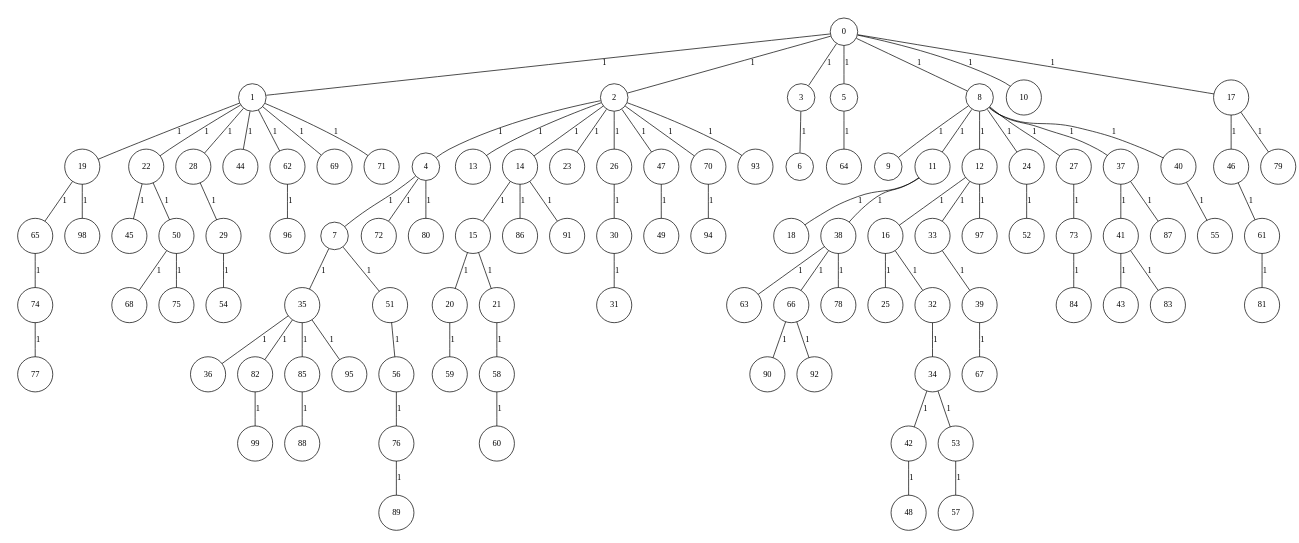
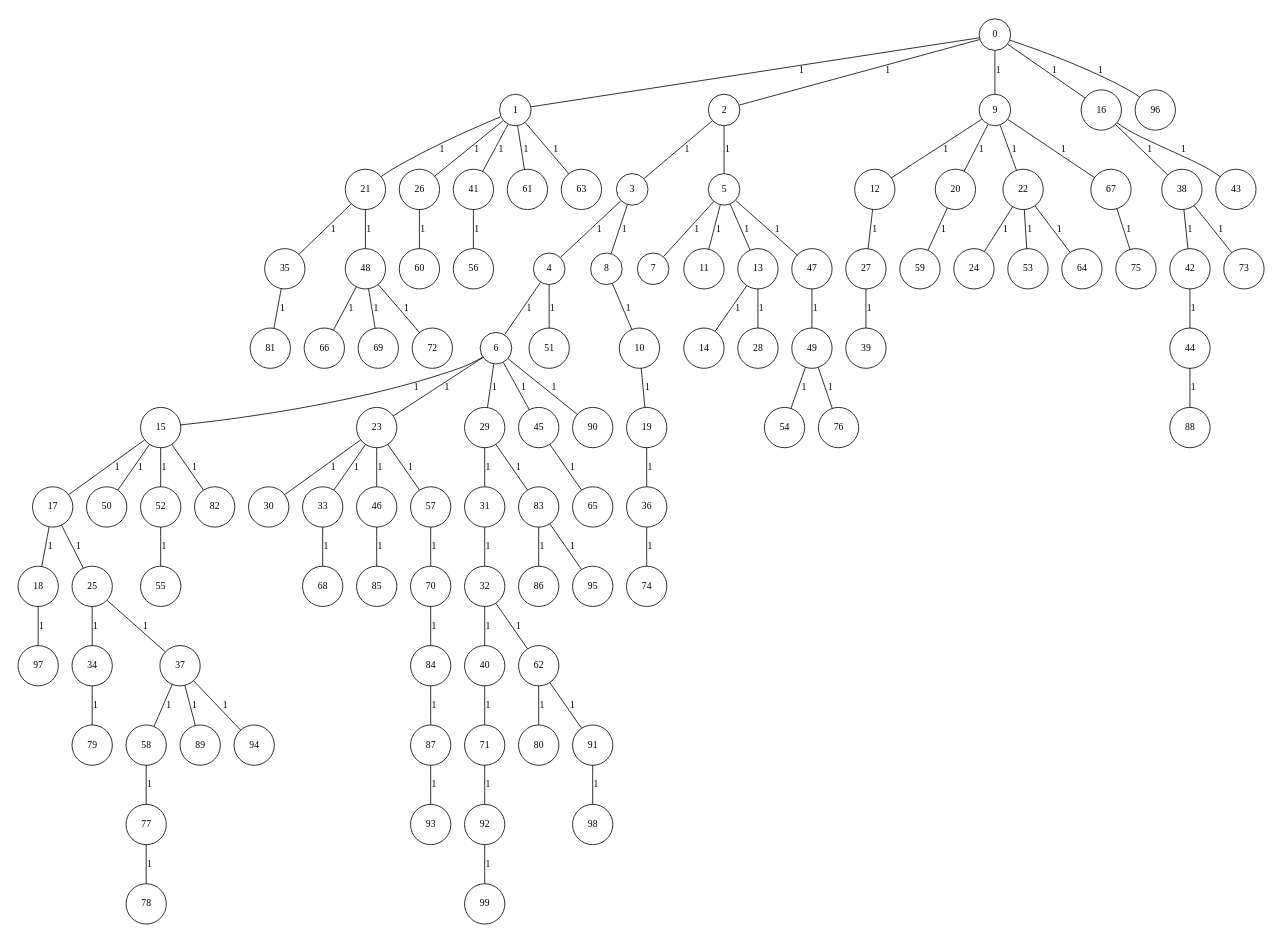
The diagram in GraphGenerator/input/instGraph_100_4.txt.dot (cardosodg/setcover-grasp), drawn with Graphviz before and after one commit. The commit also changed 2004 other files, not shown here.

```diff
--- a/GraphGenerator/input/instGraph_100_4.txt.dot
+++ b/GraphGenerator/input/instGraph_100_4.txt.dot
@@ -6,204 +6,204 @@
 node[shape=circle,width=.12,hight=.12,fontsize=12]
 edge[fontsize=12]
 
-0[label=" 0" color=black, pos="2.6943923,2.1681699!"];
-1[label=" 1" color=black, pos="1.3402806,0.88383075!"];
-2[label=" 2" color=black, pos="2.3009976,2.1247996!"];
-3[label=" 3" color=black, pos="2.2322187,2.4137283!"];
-4[label=" 4" color=black, pos="2.4482073,1.1553264!"];
-5[label=" 5" color=black, pos="2.9874394,1.5260534!"];
-6[label=" 6" color=black, pos="2.1297456,2.8299982!"];
-7[label=" 7" color=black, pos="2.0937064,2.9236621!"];
-8[label=" 8" color=black, pos="1.4598652,2.1899677!"];
-9[label=" 9" color=black, pos="1.4739722,0.26211272!"];
-10[label=" 10" color=black, pos="0.32617108,2.428524!"];
-11[label=" 11" color=black, pos="2.2642792,0.97414165!"];
-12[label=" 12" color=black, pos="2.0365755,0.99742702!"];
-13[label=" 13" color=black, pos="1.2203785,0.33049203!"];
-14[label=" 14" color=black, pos="2.1273184,1.8855346!"];
-15[label=" 15" color=black, pos="1.7188815,1.0091234!"];
-16[label=" 16" color=black, pos="0.90102864,2.9788924!"];
-17[label=" 17" color=black, pos="1.2728895,2.1499706!"];
-18[label=" 18" color=black, pos="1.6279175,1.1574504!"];
-19[label=" 19" color=black, pos="2.4207469,1.6046831!"];
-20[label=" 20" color=black, pos="2.26106,0.48133724!"];
-21[label=" 21" color=black, pos="0.12559052,0.83156269!"];
-22[label=" 22" color=black, pos="1.9723195,1.4739337!"];
-23[label=" 23" color=black, pos="2.5262939,0.86994759!"];
-24[label=" 24" color=black, pos="1.6821481,1.8023234!"];
-25[label=" 25" color=black, pos="0.0898452,2.5540981!"];
-26[label=" 26" color=black, pos="0.53078868,1.6099593!"];
-27[label=" 27" color=black, pos="0.84314049,2.4088579!"];
-28[label=" 28" color=black, pos="2.8167524,1.5856391!"];
-29[label=" 29" color=black, pos="1.7020244,1.1952519!"];
-30[label=" 30" color=black, pos="0.13429904,1.3655449!"];
-31[label=" 31" color=black, pos="2.1522426,2.0879155!"];
-32[label=" 32" color=black, pos="2.0843325,2.7894282!"];
-33[label=" 33" color=black, pos="0.84253298,1.8919403!"];
-34[label=" 34" color=black, pos="2.0550748,2.3248572!"];
-35[label=" 35" color=black, pos="1.716542,2.0024158!"];
-36[label=" 36" color=black, pos="2.6239103,0.47563738!"];
-37[label=" 37" color=black, pos="0.005256718,1.0002786!"];
-38[label=" 38" color=black, pos="1.3400748,1.8001487!"];
-39[label=" 39" color=black, pos="2.6013159,1.326708!"];
-40[label=" 40" color=black, pos="1.7783031,1.8598261!"];
-41[label=" 41" color=black, pos="1.4596626,1.9941578!"];
-42[label=" 42" color=black, pos="1.253666,0.41295263!"];
-43[label=" 43" color=black, pos="0.0527301,2.5035025!"];
-44[label=" 44" color=black, pos="2.0034234,1.0025751!"];
-45[label=" 45" color=black, pos="0.6500291,2.1482358!"];
-46[label=" 46" color=black, pos="2.3686771,1.4824213!"];
-47[label=" 47" color=black, pos="0.83644874,0.65564138!"];
-48[label=" 48" color=black, pos="0.92526558,2.235588!"];
-49[label=" 49" color=black, pos="0.26723386,0.8996655!"];
-50[label=" 50" color=black, pos="2.5487607,2.4911079!"];
-51[label=" 51" color=black, pos="1.7279866,0.27813117!"];
-52[label=" 52" color=black, pos="0.97375024,0.74009005!"];
-53[label=" 53" color=black, pos="1.2835599,2.6138832!"];
-54[label=" 54" color=black, pos="2.8367104,2.62223!"];
-55[label=" 55" color=black, pos="0.90543387,0.28791104!"];
-56[label=" 56" color=black, pos="0.79333885,0.21562759!"];
-57[label=" 57" color=black, pos="1.7532447,0.58147261!"];
-58[label=" 58" color=black, pos="2.4279112,0.9034962!"];
-59[label=" 59" color=black, pos="0.06719095,1.8873078!"];
-60[label=" 60" color=black, pos="0.46233362,1.6647205!"];
-61[label=" 61" color=black, pos="2.5157237,2.3981305!"];
-62[label=" 62" color=black, pos="0.37490831,0.025593314!"];
-63[label=" 63" color=black, pos="0.29823196,2.1110416!"];
-64[label=" 64" color=black, pos="1.8370033,2.1521435!"];
-65[label=" 65" color=black, pos="0.44196231,2.8922535!"];
-66[label=" 66" color=black, pos="0.80619668,2.0257713!"];
-67[label=" 67" color=black, pos="1.977377,2.9143288!"];
-68[label=" 68" color=black, pos="0.54047689,2.1856042!"];
-69[label=" 69" color=black, pos="2.8576531,2.4086347!"];
-70[label=" 70" color=black, pos="2.6040953,1.5129036!"];
-71[label=" 71" color=black, pos="0.74773238,1.993898!"];
-72[label=" 72" color=black, pos="1.9506145,1.1749838!"];
-73[label=" 73" color=black, pos="1.8796577,0.26245029!"];
-74[label=" 74" color=black, pos="2.8629869,1.559242!"];
-75[label=" 75" color=black, pos="1.2013007,0.28007464!"];
-76[label=" 76" color=black, pos="0.052620166,2.7979782!"];
-77[label=" 77" color=black, pos="2.0494136,0.14283472!"];
-78[label=" 78" color=black, pos="2.6408409,2.5558361!"];
-79[label=" 79" color=black, pos="1.2796836,0.97330902!"];
-80[label=" 80" color=black, pos="2.6957757,2.6228748!"];
-81[label=" 81" color=black, pos="0.21553006,0.26128774!"];
-82[label=" 82" color=black, pos="0.17354668,1.918881!"];
-83[label=" 83" color=black, pos="1.2941006,2.116625!"];
-84[label=" 84" color=black, pos="1.6646344,1.256994!"];
-85[label=" 85" color=black, pos="2.121216,0.36755684!"];
-86[label=" 86" color=black, pos="2.0555671,2.1506302!"];
-87[label=" 87" color=black, pos="1.4731271,2.5655486!"];
-88[label=" 88" color=black, pos="2.2722321,1.7443361!"];
-89[label=" 89" color=black, pos="0.073748481,0.5662791!"];
-90[label=" 90" color=black, pos="1.8261536,1.6221425!"];
-91[label=" 91" color=black, pos="0.68411566,1.4669749!"];
-92[label=" 92" color=black, pos="0.65337066,1.0627981!"];
-93[label=" 93" color=black, pos="0.12379759,2.5366436!"];
-94[label=" 94" color=black, pos="0.35374786,2.5146153!"];
-95[label=" 95" color=black, pos="2.8112131,0.99577765!"];
-96[label=" 96" color=black, pos="1.2685873,1.5712073!"];
-97[label=" 97" color=black, pos="1.7457376,2.589631!"];
-98[label=" 98" color=black, pos="0.62264641,2.6921453!"];
-99[label=" 99" color=black, pos="0.95054103,1.6555122!"];
+0[label=" 0" color=black, pos="0.089639534,1.961755!"];
+1[label=" 1" color=black, pos="2.4739968,1.6664125!"];
+2[label=" 2" color=black, pos="1.6866606,0.045989154!"];
+3[label=" 3" color=black, pos="2.4423964,0.12914868!"];
+4[label=" 4" color=black, pos="2.9695895,0.10995495!"];
+5[label=" 5" color=black, pos="0.75155266,2.9699264!"];
+6[label=" 6" color=black, pos="0.41758518,1.2338469!"];
+7[label=" 7" color=black, pos="0.70037771,2.1473556!"];
+8[label=" 8" color=black, pos="1.4443443,1.0305051!"];
+9[label=" 9" color=black, pos="2.7748258,1.8825957!"];
+10[label=" 10" color=black, pos="1.6818939,0.54265354!"];
+11[label=" 11" color=black, pos="2.6152634,1.3548342!"];
+12[label=" 12" color=black, pos="0.15730695,0.00041060103!"];
+13[label=" 13" color=black, pos="1.9509374,1.8177455!"];
+14[label=" 14" color=black, pos="0.83268429,1.1018606!"];
+15[label=" 15" color=black, pos="2.7451648,0.32307924!"];
+16[label=" 16" color=black, pos="2.3583268,1.1078503!"];
+17[label=" 17" color=black, pos="1.0505019,0.59463897!"];
+18[label=" 18" color=black, pos="1.919031,2.856686!"];
+19[label=" 19" color=black, pos="2.8090947,0.11914714!"];
+20[label=" 20" color=black, pos="1.6763092,0.8752613!"];
+21[label=" 21" color=black, pos="0.089894752,0.99576926!"];
+22[label=" 22" color=black, pos="0.74459916,1.455641!"];
+23[label=" 23" color=black, pos="0.34684597,2.6792732!"];
+24[label=" 24" color=black, pos="2.1323046,2.8383253!"];
+25[label=" 25" color=black, pos="0.77756953,2.9152023!"];
+26[label=" 26" color=black, pos="2.5702568,0.2308948!"];
+27[label=" 27" color=black, pos="0.98340832,2.3457532!"];
+28[label=" 28" color=black, pos="1.4695997,2.2869642!"];
+29[label=" 29" color=black, pos="0.91402128,2.4820735!"];
+30[label=" 30" color=black, pos="0.38036326,2.1483844!"];
+31[label=" 31" color=black, pos="1.7164348,2.432382!"];
+32[label=" 32" color=black, pos="0.61478111,0.031545985!"];
+33[label=" 33" color=black, pos="2.7036715,2.0889511!"];
+34[label=" 34" color=black, pos="2.7186365,2.6532797!"];
+35[label=" 35" color=black, pos="2.6698879,2.3617623!"];
+36[label=" 36" color=black, pos="2.2200474,1.698982!"];
+37[label=" 37" color=black, pos="2.9314599,0.79268912!"];
+38[label=" 38" color=black, pos="2.1187701,2.0390324!"];
+39[label=" 39" color=black, pos="2.7687312,0.68394436!"];
+40[label=" 40" color=black, pos="1.7421216,0.77586294!"];
+41[label=" 41" color=black, pos="0.66223859,2.7197213!"];
+42[label=" 42" color=black, pos="1.18466,0.082919842!"];
+43[label=" 43" color=black, pos="1.372034,2.9940355!"];
+44[label=" 44" color=black, pos="1.0934087,2.7261501!"];
+45[label=" 45" color=black, pos="2.874073,1.3366918!"];
+46[label=" 46" color=black, pos="0.45991275,2.8280479!"];
+47[label=" 47" color=black, pos="1.8471387,0.61215624!"];
+48[label=" 48" color=black, pos="1.2274826,2.0350534!"];
+49[label=" 49" color=black, pos="2.2528332,0.27059629!"];
+50[label=" 50" color=black, pos="2.1277758,2.2920411!"];
+51[label=" 51" color=black, pos="1.7981983,0.091891144!"];
+52[label=" 52" color=black, pos="0.97909406,0.91647558!"];
+53[label=" 53" color=black, pos="0.3368804,2.8460101!"];
+54[label=" 54" color=black, pos="1.6288917,2.0254371!"];
+55[label=" 55" color=black, pos="2.1860503,1.0652907!"];
+56[label=" 56" color=black, pos="2.0256125,0.30325423!"];
+57[label=" 57" color=black, pos="1.8551188,2.715939!"];
+58[label=" 58" color=black, pos="2.9273667,0.48270436!"];
+59[label=" 59" color=black, pos="2.2940567,0.61717192!"];
+60[label=" 60" color=black, pos="1.3926367,0.1263178!"];
+61[label=" 61" color=black, pos="1.7868149,1.5263103!"];
+62[label=" 62" color=black, pos="0.64638594,1.8917369!"];
+63[label=" 63" color=black, pos="0.18934067,1.2459693!"];
+64[label=" 64" color=black, pos="2.0573717,2.4933989!"];
+65[label=" 65" color=black, pos="0.12307402,0.89538507!"];
+66[label=" 66" color=black, pos="0.21731802,0.77600562!"];
+67[label=" 67" color=black, pos="2.9526849,0.78452546!"];
+68[label=" 68" color=black, pos="2.926825,1.0748388!"];
+69[label=" 69" color=black, pos="2.8831712,1.1293465!"];
+70[label=" 70" color=black, pos="1.1528964,0.36199339!"];
+71[label=" 71" color=black, pos="1.9781111,0.55719019!"];
+72[label=" 72" color=black, pos="0.15718617,2.9479732!"];
+73[label=" 73" color=black, pos="1.259927,0.33070087!"];
+74[label=" 74" color=black, pos="1.2214477,0.98861975!"];
+75[label=" 75" color=black, pos="1.499884,0.51945431!"];
+76[label=" 76" color=black, pos="2.6839885,2.140349!"];
+77[label=" 77" color=black, pos="2.1954421,2.0967167!"];
+78[label=" 78" color=black, pos="1.2907791,2.6905755!"];
+79[label=" 79" color=black, pos="1.0666728,1.3043729!"];
+80[label=" 80" color=black, pos="1.2983548,2.5041192!"];
+81[label=" 81" color=black, pos="1.0957045,2.0355268!"];
+82[label=" 82" color=black, pos="1.9415265,1.4912849!"];
+83[label=" 83" color=black, pos="1.7972918,2.8681197!"];
+84[label=" 84" color=black, pos="1.6050322,2.0484399!"];
+85[label=" 85" color=black, pos="0.27816425,0.14881276!"];
+86[label=" 86" color=black, pos="1.6038667,2.8378335!"];
+87[label=" 87" color=black, pos="1.0871539,1.8943985!"];
+88[label=" 88" color=black, pos="0.39455255,2.9437904!"];
+89[label=" 89" color=black, pos="0.23333769,2.8074092!"];
+90[label=" 90" color=black, pos="2.0034638,2.6162748!"];
+91[label=" 91" color=black, pos="0.30943323,0.28203584!"];
+92[label=" 92" color=black, pos="2.4928631,2.7149398!"];
+93[label=" 93" color=black, pos="2.4756323,2.3399707!"];
+94[label=" 94" color=black, pos="2.7031408,1.7500386!"];
+95[label=" 95" color=black, pos="1.3200106,2.1758033!"];
+96[label=" 96" color=black, pos="2.0429547,1.2048201!"];
+97[label=" 97" color=black, pos="1.098911,0.45115668!"];
+98[label=" 98" color=black, pos="2.3109234,0.90313036!"];
+99[label=" 99" color=black, pos="2.5518259,0.53482211!"];
 0--1[label="1"]
 0--2[label="1"]
-0--3[label="1"]
-0--5[label="1"]
-0--8[label="1"]
-0--10[label="1"]
-0--17[label="1"]
-1--19[label="1"]
-1--22[label="1"]
-1--28[label="1"]
-1--44[label="1"]
-1--62[label="1"]
-1--69[label="1"]
-1--71[label="1"]
-2--4[label="1"]
-2--13[label="1"]
-2--14[label="1"]
-2--23[label="1"]
-2--26[label="1"]
-2--47[label="1"]
-2--70[label="1"]
-2--93[label="1"]
-3--6[label="1"]
-4--7[label="1"]
-4--72[label="1"]
-4--80[label="1"]
-5--64[label="1"]
-7--35[label="1"]
-7--51[label="1"]
-8--9[label="1"]
-8--11[label="1"]
-8--12[label="1"]
-8--24[label="1"]
-8--27[label="1"]
-8--37[label="1"]
-8--40[label="1"]
-11--18[label="1"]
-11--38[label="1"]
-12--16[label="1"]
-12--33[label="1"]
-12--97[label="1"]
-14--15[label="1"]
-14--86[label="1"]
-14--91[label="1"]
-15--20[label="1"]
-15--21[label="1"]
-16--25[label="1"]
-16--32[label="1"]
-17--46[label="1"]
-17--79[label="1"]
-19--65[label="1"]
-19--98[label="1"]
+0--9[label="1"]
+0--16[label="1"]
+0--96[label="1"]
+1--21[label="1"]
+1--26[label="1"]
+1--41[label="1"]
+1--61[label="1"]
+1--63[label="1"]
+2--3[label="1"]
+2--5[label="1"]
+3--4[label="1"]
+3--8[label="1"]
+4--6[label="1"]
+4--51[label="1"]
+5--7[label="1"]
+5--11[label="1"]
+5--13[label="1"]
+5--47[label="1"]
+6--15[label="1"]
+6--23[label="1"]
+6--29[label="1"]
+6--45[label="1"]
+6--90[label="1"]
+8--10[label="1"]
+9--12[label="1"]
+9--20[label="1"]
+9--22[label="1"]
+9--67[label="1"]
+10--19[label="1"]
+12--27[label="1"]
+13--14[label="1"]
+13--28[label="1"]
+15--17[label="1"]
+15--50[label="1"]
+15--52[label="1"]
+15--82[label="1"]
+16--38[label="1"]
+16--43[label="1"]
+17--18[label="1"]
+17--25[label="1"]
+18--97[label="1"]
+19--36[label="1"]
 20--59[label="1"]
-21--58[label="1"]
-22--45[label="1"]
-22--50[label="1"]
-24--52[label="1"]
-26--30[label="1"]
-27--73[label="1"]
-28--29[label="1"]
-29--54[label="1"]
-30--31[label="1"]
-32--34[label="1"]
-33--39[label="1"]
-34--42[label="1"]
-34--53[label="1"]
-35--36[label="1"]
-35--82[label="1"]
-35--85[label="1"]
-35--95[label="1"]
-37--41[label="1"]
-37--87[label="1"]
-38--63[label="1"]
-38--66[label="1"]
-38--78[label="1"]
-39--67[label="1"]
-40--55[label="1"]
-41--43[label="1"]
-41--83[label="1"]
-42--48[label="1"]
-46--61[label="1"]
+21--35[label="1"]
+21--48[label="1"]
+22--24[label="1"]
+22--53[label="1"]
+22--64[label="1"]
+23--30[label="1"]
+23--33[label="1"]
+23--46[label="1"]
+23--57[label="1"]
+25--34[label="1"]
+25--37[label="1"]
+26--60[label="1"]
+27--39[label="1"]
+29--31[label="1"]
+29--83[label="1"]
+31--32[label="1"]
+32--40[label="1"]
+32--62[label="1"]
+33--68[label="1"]
+34--79[label="1"]
+35--81[label="1"]
+36--74[label="1"]
+37--58[label="1"]
+37--89[label="1"]
+37--94[label="1"]
+38--42[label="1"]
+38--73[label="1"]
+40--71[label="1"]
+41--56[label="1"]
+42--44[label="1"]
+44--88[label="1"]
+45--65[label="1"]
+46--85[label="1"]
 47--49[label="1"]
-50--68[label="1"]
-50--75[label="1"]
-51--56[label="1"]
-53--57[label="1"]
-56--76[label="1"]
-58--60[label="1"]
-61--81[label="1"]
-62--96[label="1"]
-65--74[label="1"]
-66--90[label="1"]
-66--92[label="1"]
-70--94[label="1"]
-73--84[label="1"]
-74--77[label="1"]
-76--89[label="1"]
-82--99[label="1"]
-85--88[label="1"]
+48--66[label="1"]
+48--69[label="1"]
+48--72[label="1"]
+49--54[label="1"]
+49--76[label="1"]
+52--55[label="1"]
+57--70[label="1"]
+58--77[label="1"]
+62--80[label="1"]
+62--91[label="1"]
+67--75[label="1"]
+70--84[label="1"]
+71--92[label="1"]
+77--78[label="1"]
+83--86[label="1"]
+83--95[label="1"]
+84--87[label="1"]
+87--93[label="1"]
+91--98[label="1"]
+92--99[label="1"]
 
 }
```
